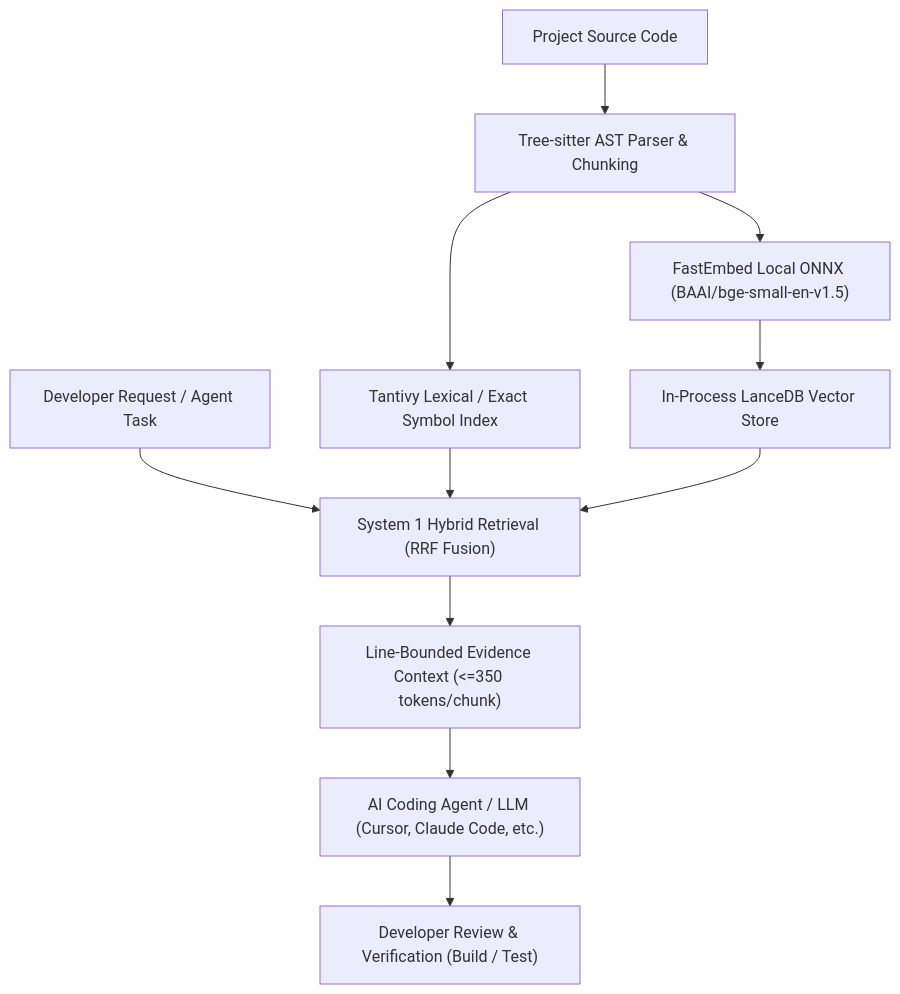
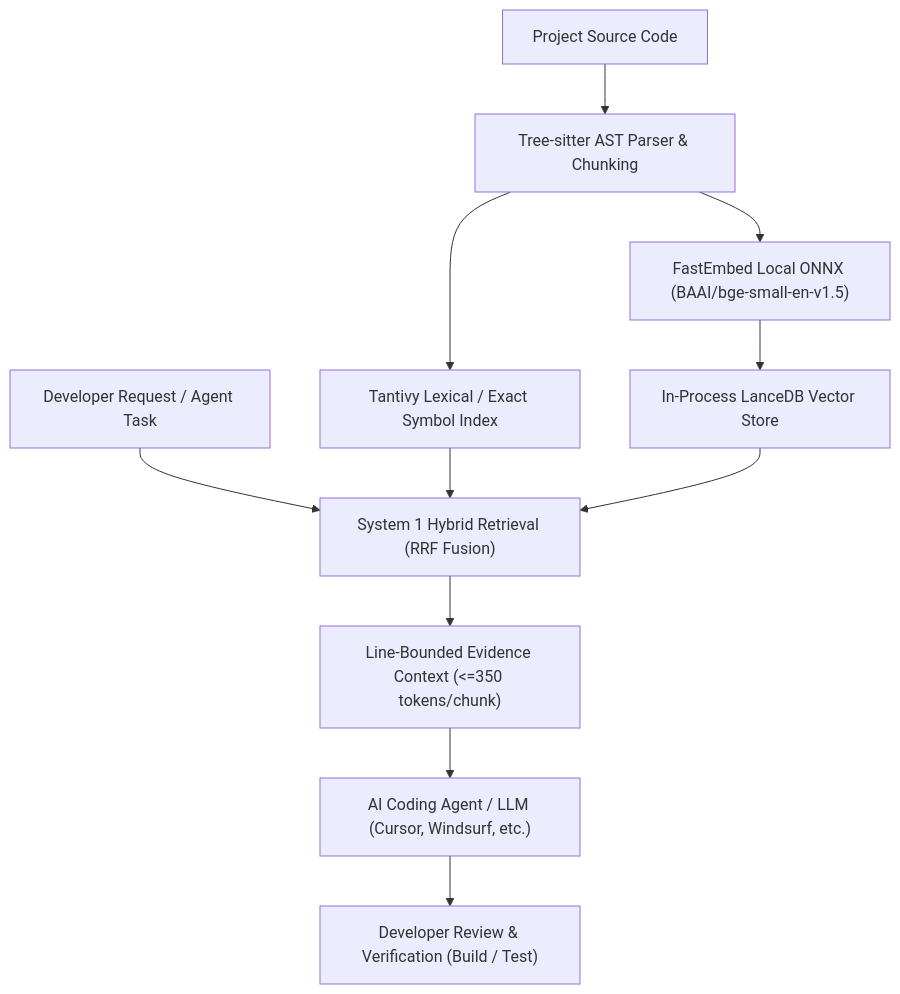
The diagram in README.md (vishalvermauts/PolyFabric), drawn with Mermaid before and after one commit. The commit also changed 1 other file, not shown here.

Commit message:
docs: refine client integrations and architecture diagram

````diff
--- a/README.md
+++ b/README.md
@@ -67,15 +67,15 @@
 ```mermaid
 flowchart TD
     Source["Project Source Code"] --> Parser["Tree-sitter AST Parser & Chunking"]
     Parser --> Embedding["FastEmbed Local ONNX (BAAI/bge-small-en-v1.5)"]
     Parser --> FTS["Tantivy Lexical / Exact Symbol Index"]
     Embedding --> LanceDB["In-Process LanceDB Vector Store"]
     
     Task["Developer Request / Agent Task"] --> System1["System 1 Hybrid Retrieval (RRF Fusion)"]
     FTS --> System1
     LanceDB --> System1
     
     System1 --> Context["Line-Bounded Evidence Context (<=350 tokens/chunk)"]
-    Context --> Agent["AI Coding Agent / LLM (Cursor, Claude Code, etc.)"]
+    Context --> Agent["AI Coding Agent / LLM (Cursor, Windsurf, etc.)"]
     Agent --> Review["Developer Review & Verification (Build / Test)"]
 ```
````
